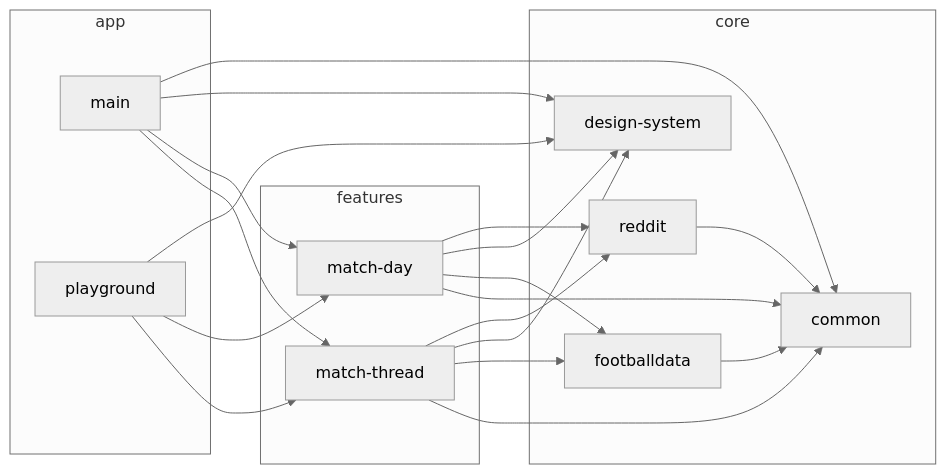
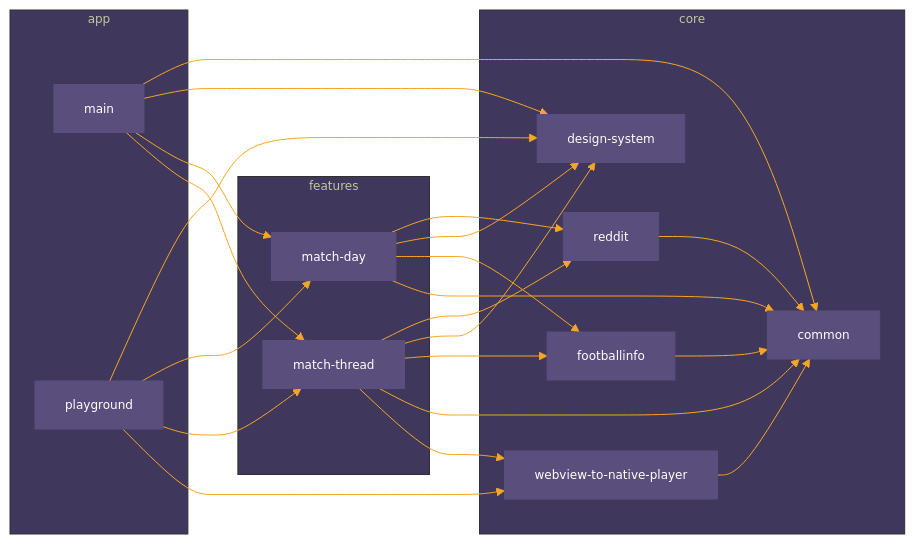
Before and after one commit to iurysza/module-graph: the first of 3 diagrams in README.md, drawn with Mermaid. The commit also changed other lines of this file, not shown here.

````diff
--- a/README.md
+++ b/README.md
@@ -195,40 +229,45 @@
 ```mermaid
 %%{
   init: {
-    'theme': 'neutral'
+    'theme': 'base',
+	'themeVariables': {"primaryTextColor":"#fff","primaryColor":"#5a4f7c","primaryBorderColor":"#5a4f7c","lineColor":"#f5a623","tertiaryColor":"#40375c","fontSize":"12px"}
   }
 }%%
 
 graph LR
-  subgraph app
-    main
-    playground
-  end
-  subgraph core
-    common
-    design-system
-    footballdata
-    reddit
-  end
-  subgraph features
-    match-day
-    match-thread
-  end
-  footballdata --> common
-  match-day --> common
-  match-day --> footballdata
-  match-day --> design-system
-  match-day --> reddit
-  match-thread --> common
-  match-thread --> footballdata
-  match-thread --> design-system
-  match-thread --> reddit
-  playground --> match-thread
-  playground --> match-day
-  playground --> design-system
-  reddit --> common
-  main --> match-thread
-  main --> match-day
-  main --> design-system
-  main --> common
+    subgraph app
+        main
+        playground
+    end
+    subgraph core
+        common
+        design-system
+        footballinfo
+        reddit
+        webview-to-native-player
+    end
+    subgraph features
+        match-day
+        match-thread
+    end
+    footballinfo --> common
+    match-day --> common
+    match-day --> footballinfo
+    match-day --> design-system
+    match-day --> reddit
+    match-thread --> webview-to-native-player
+    match-thread --> common
+    match-thread --> footballinfo
+    match-thread --> design-system
+    match-thread --> reddit
+    playground --> webview-to-native-player
+    playground --> match-thread
+    playground --> match-day
+    playground --> design-system
+    reddit --> common
+    webview-to-native-player --> common
+    main --> match-thread
+    main --> match-day
+    main --> design-system
+    main --> common
 ```
````
